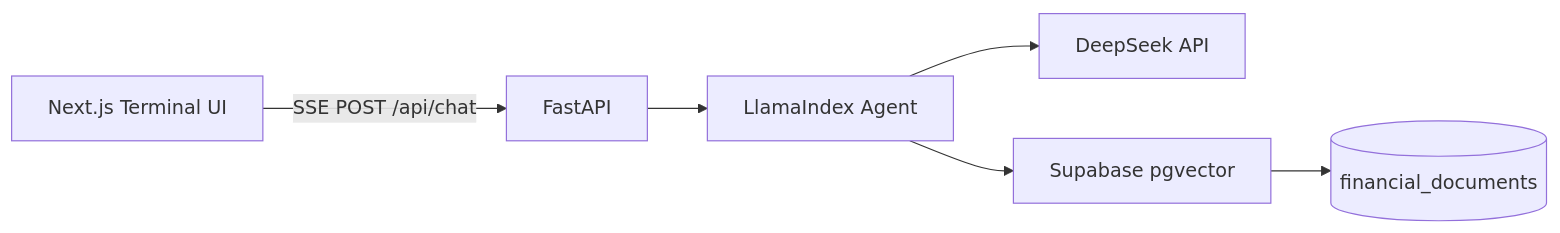
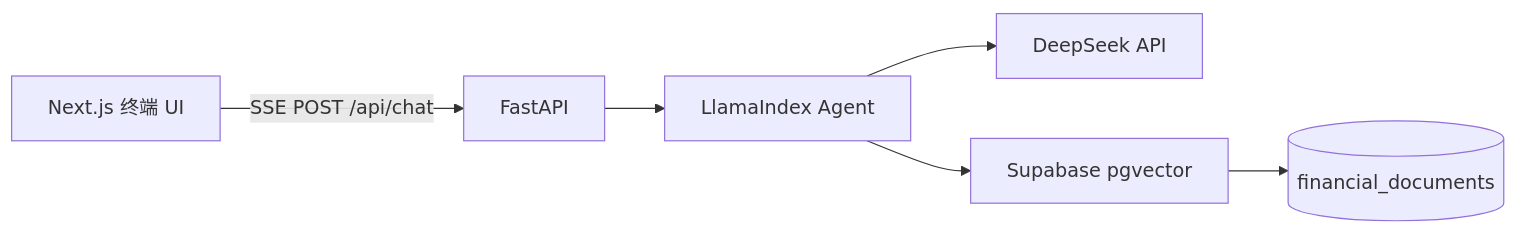
Before and after one commit to FrontEnd-Liang/Finsight-dashboard: the diagram in README.md, drawn with Mermaid. The commit also changed other lines of this file, not shown here.

````diff
--- a/README.md
+++ b/README.md
@@ -9,8 +9,8 @@
 ```mermaid
 flowchart LR
-  UI[Next.js Terminal UI] -->|SSE POST /api/chat| API[FastAPI]
+  UI[Next.js 终端 UI] -->|SSE POST /api/chat| API[FastAPI]
   API --> Agent[LlamaIndex Agent]
   Agent --> LLM[DeepSeek API]
   Agent --> VS[Supabase pgvector]
   VS --> DB[(financial_documents)]
 ```
````
